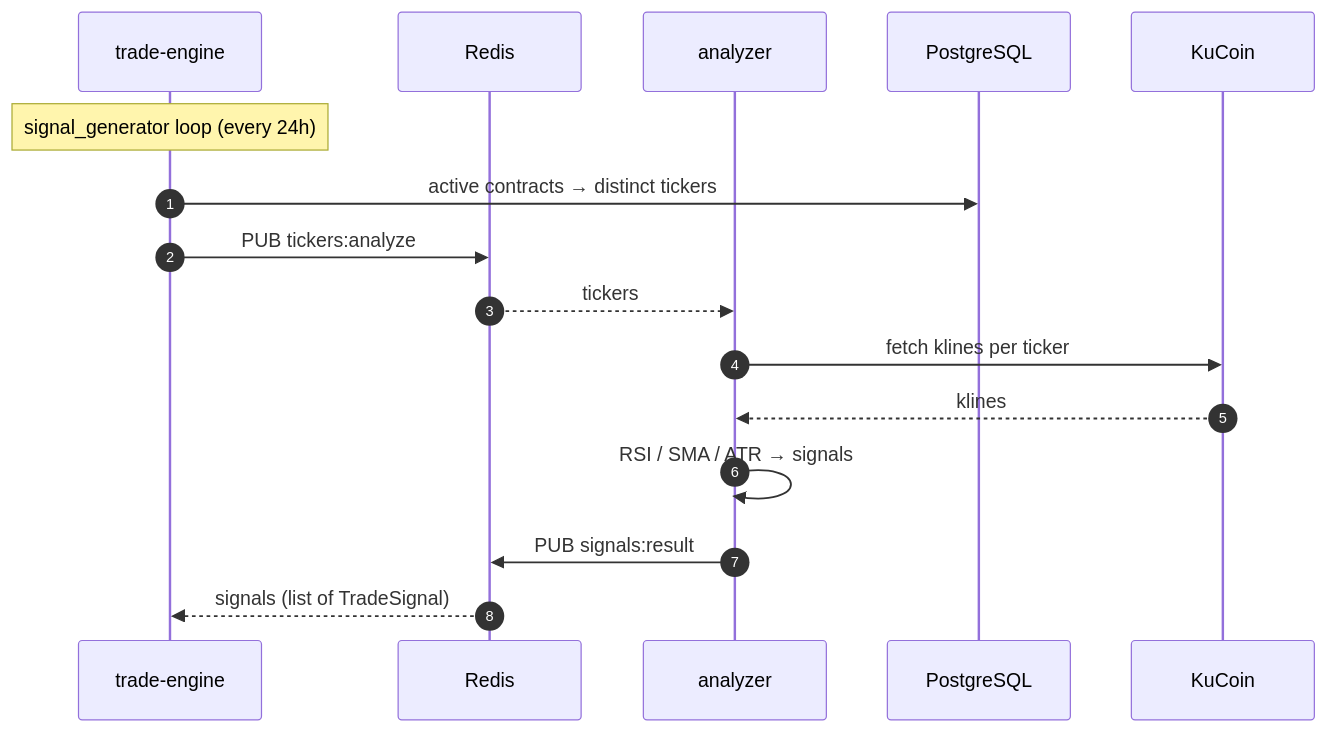
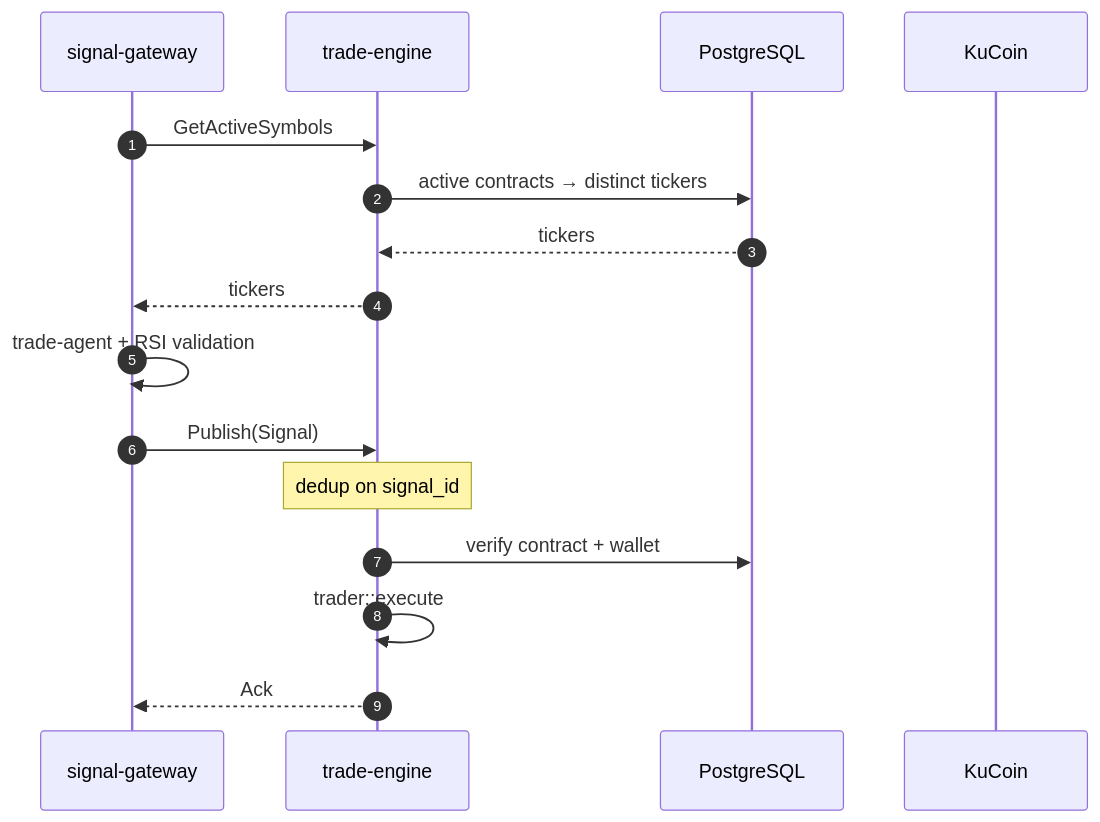
The third of 7 diagrams in process/trade-engine/README.md (N-Choo/CoinBot.v3), drawn with Mermaid before and after one commit. The commit also changed other lines of this file and 181 other files, not shown here.

First line of the commit message:
feat: replaced analyzer with Signal Gateway  (#15)

````diff
--- a/process/trade-engine/README.md
+++ b/process/trade-engine/README.md
@@ -113,18 +117,18 @@
 ```mermaid
 sequenceDiagram
     autonumber
+    participant SG as signal-gateway
     participant TE as trade-engine
-    participant R as Redis
-    participant A as analyzer
     participant DB as PostgreSQL
     participant K as KuCoin
-    Note over TE: signal_generator loop (every 24h)
+    SG->>TE: GetActiveSymbols
     TE->>DB: active contracts → distinct tickers
-    TE->>R: PUB tickers:analyze
-    R-->>A: tickers
-    A->>K: fetch klines per ticker
-    K-->>A: klines
-    A->>A: RSI / SMA / ATR → signals
-    A->>R: PUB signals:result
-    R-->>TE: signals (list of TradeSignal)
+    DB-->>TE: tickers
+    TE-->>SG: tickers
+    SG->>SG: trade-agent + RSI validation
+    SG->>TE: Publish(Signal)
+    Note over TE: dedup on signal_id
+    TE->>DB: verify contract + wallet
+    TE->>TE: trader::execute
+    TE-->>SG: Ack
 ```
````
